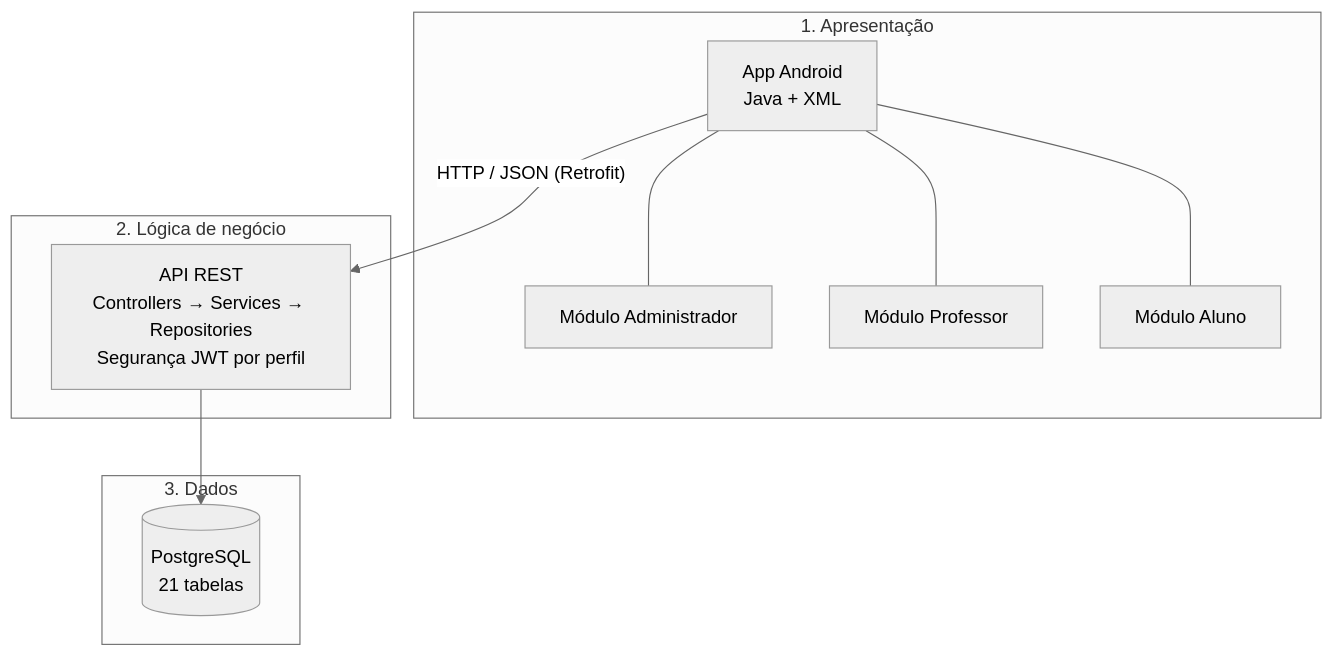
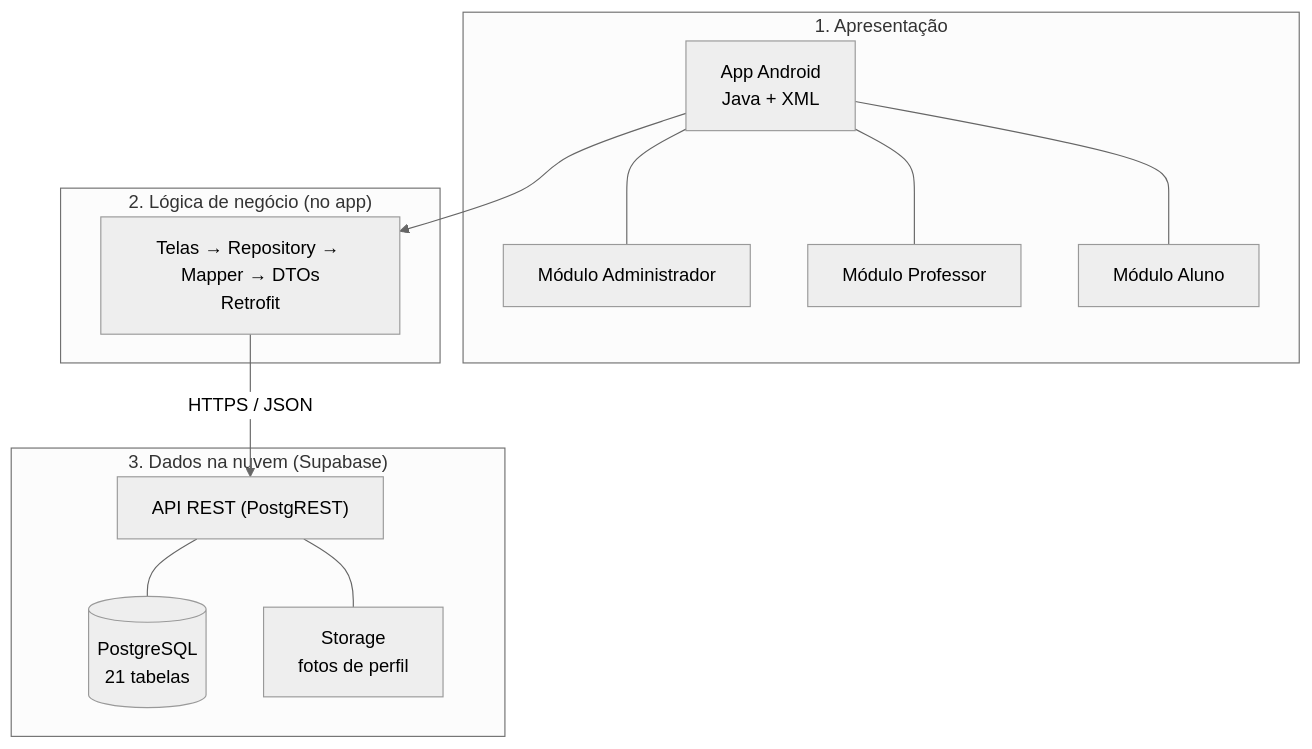
Before and after one commit to MadelayneM/SisGESC-Instituto-Educacional-Banda-Alana: the first of 2 diagrams in README.md, drawn with Mermaid (neutral theme). The commit also changed other lines of this file, not shown here.

````diff
--- a/README.md
+++ b/README.md
@@ -113,18 +112,22 @@
 ```mermaid
 flowchart TB
     subgraph APRESENTACAO["1. Apresentação"]
         A["App Android<br/>Java + XML"]
         A1["Módulo Administrador"]
         A2["Módulo Professor"]
         A3["Módulo Aluno"]
         A --- A1 & A2 & A3
     end
-    subgraph NEGOCIO["2. Lógica de negócio"]
-        B["API REST<br/>Controllers → Services → Repositories<br/>Segurança JWT por perfil"]
+    subgraph NEGOCIO["2. Lógica de negócio (no app)"]
+        B["Telas → Repository → Mapper → DTOs<br/>Retrofit"]
     end
-    subgraph DADOS["3. Dados"]
+    subgraph NUVEM["3. Dados na nuvem (Supabase)"]
+        S["API REST (PostgREST)"]
         C[("PostgreSQL<br/>21 tabelas")]
+        F["Storage<br/>fotos de perfil"]
+        S --- C
+        S --- F
     end
-    A -- "HTTP / JSON (Retrofit)" --> B
-    B --> C
+    A --> B
+    B -- "HTTPS / JSON" --> S
 ```
````
